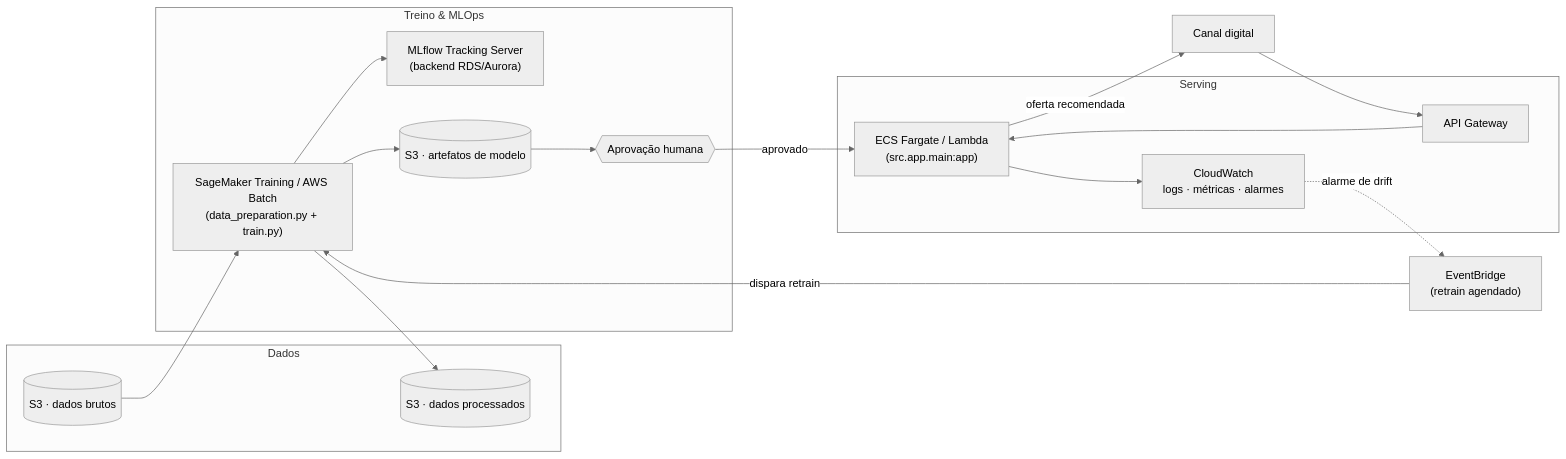
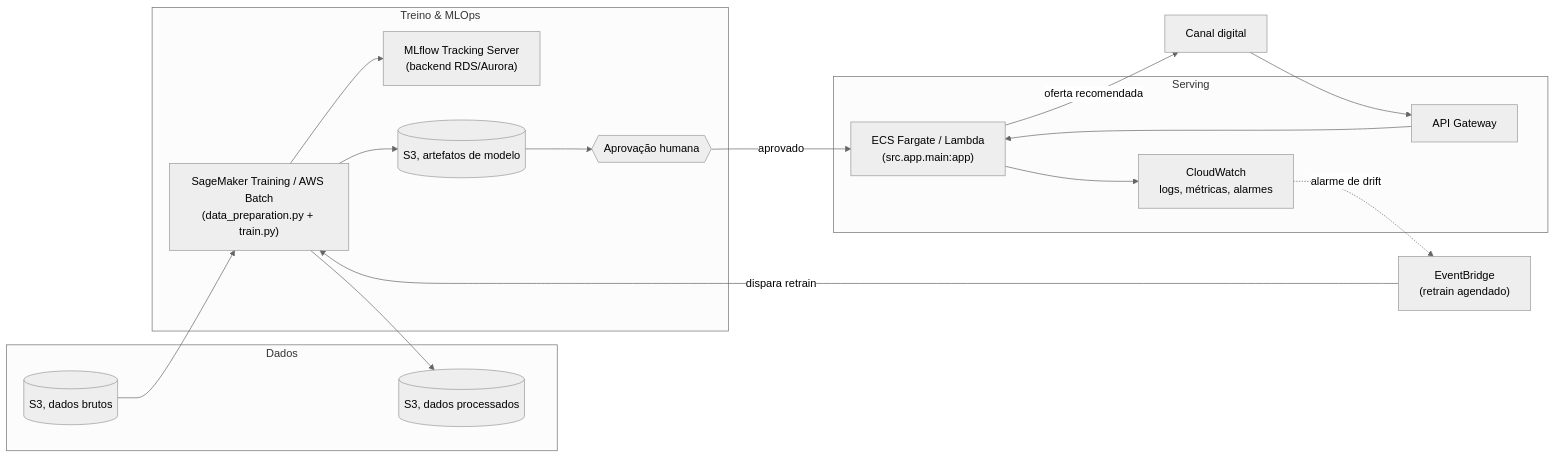
Before and after one commit to Pedro642001/datathon-7mlet-grupo-15: the diagram in README.md, drawn with Mermaid (neutral theme). The commit also changed other lines of this file and 8 other files, not shown here.

````diff
--- a/README.md
+++ b/README.md
@@ -135,35 +135,35 @@
 ```mermaid
 flowchart LR
     subgraph dados[" Dados"]
-        s3raw[("S3 · dados brutos")]
-        s3proc[("S3 · dados processados")]
+        s3raw[("S3, dados brutos")]
+        s3proc[("S3, dados processados")]
     end
 
     subgraph treino[" Treino & MLOps"]
         sm["SageMaker Training / AWS Batch<br/>(data_preparation.py + train.py)"]
         mlf["MLflow Tracking Server<br/>(backend RDS/Aurora)"]
-        s3model[("S3 · artefatos de modelo")]
+        s3model[("S3, artefatos de modelo")]
         aprova{{"Aprovação humana"}}
     end
 
     subgraph serving[" Serving"]
         apigw["API Gateway"]
         ecs["ECS Fargate / Lambda<br/>(src.app.main:app)"]
-        cw["CloudWatch<br/>logs · métricas · alarmes"]
+        cw["CloudWatch<br/>logs, métricas, alarmes"]
     end
 
     eb["EventBridge<br/>(retrain agendado)"]
     cliente["Canal digital"]
 
     s3raw --> sm
     sm --> s3proc
     sm --> mlf
     sm --> s3model
     s3model --> aprova
     aprova -->|aprovado| ecs
     cliente --> apigw --> ecs
     ecs --> cw
     ecs -->|oferta recomendada| cliente
     cw -. alarme de drift .-> eb
     eb -->|dispara retrain| sm
 ```
````
